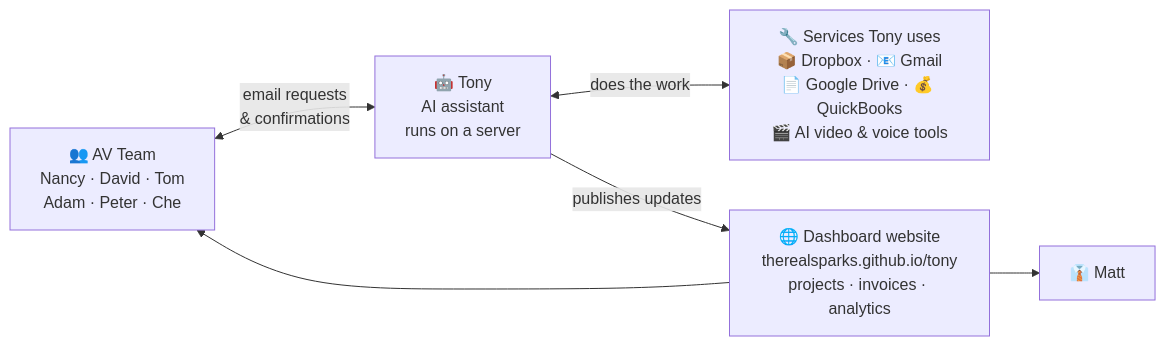
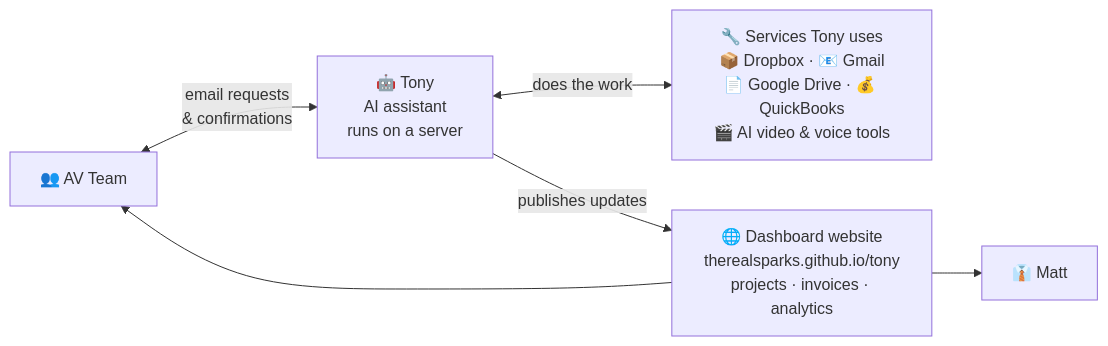
Before and after one commit to therealsparks/tony-docs: the diagram in README.md, drawn with Mermaid. The commit also changed other lines of this file, not shown here.

Commit message:
Tighten README: rename section headings, simplify diagram and key observations

````diff
--- a/README.md
+++ b/README.md
@@ -18,18 +18,18 @@
 ```mermaid
 flowchart LR
-    TEAM["👥 AV Team<br/>Nancy · David · Tom<br/>Adam · Peter · Che"]
+    TEAM["👥 AV Team"]
 
     TONY["🤖 Tony<br/>AI assistant<br/>runs on a server"]
 
     SVCS["🔧 Services Tony uses<br/>📦 Dropbox · 📧 Gmail<br/>📄 Google Drive · 💰 QuickBooks<br/>🎬 AI video &amp; voice tools"]
 
     SITE["🌐 Dashboard website<br/>therealsparks.github.io/tony<br/>projects · invoices · analytics"]
 
     MATT["👔 Matt"]
 
     TEAM <-->|"email requests<br/>&amp; confirmations"| TONY
     TONY <-->|"does the work"| SVCS
     TONY -->|"publishes updates"| SITE
     SITE --> MATT
     SITE --> TEAM
 ```
````
